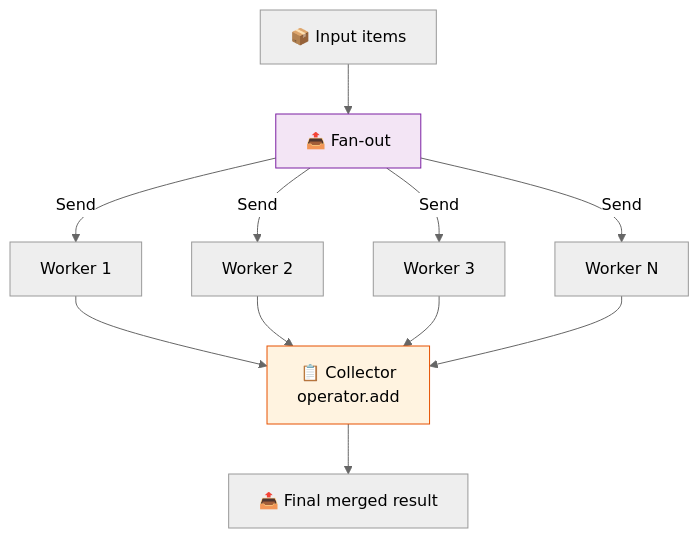
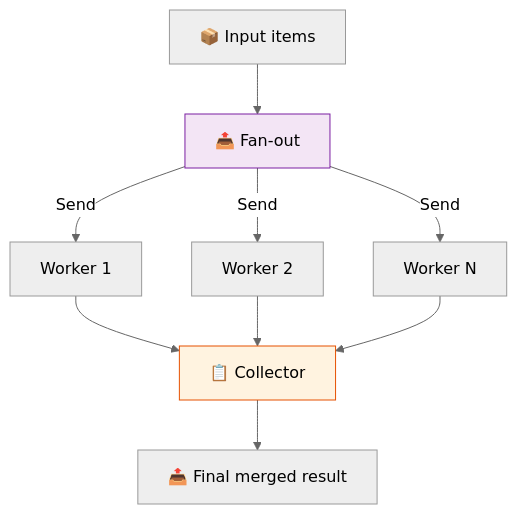
One commit to remolaan/Agentic-AI-Cookbook changed the diagram in 40_map_reduce_swarm_project/README.md. Above: the diagram before and after it, drawn with Mermaid (neutral theme). The commit also changed other lines of this file and 30 other files, not shown here.

````diff
--- a/40_map_reduce_swarm_project/README.md
+++ b/40_map_reduce_swarm_project/README.md
@@ -5,15 +5,13 @@
 ```mermaid
 flowchart TD
     S["📦 Input items"] --> F["📤 Fan-out"]
     F -->|"Send"| W1["Worker 1"]
     F -->|"Send"| W2["Worker 2"]
-    F -->|"Send"| W3["Worker 3"]
-    F -->|"Send"| W4["Worker N"]
-    W1 --> C["📋 Collector<br/>operator.add"]
+    F -->|"Send"| W3["Worker N"]
+    W1 --> C["📋 Collector"]
     W2 --> C
     W3 --> C
-    W4 --> C
     C --> R["📤 Final merged result"]
     style F fill:#f3e5f5,stroke:#7b1fa2,color:#000000
     style C fill:#fff3e0,stroke:#e65100,color:#000000
 ```
````
